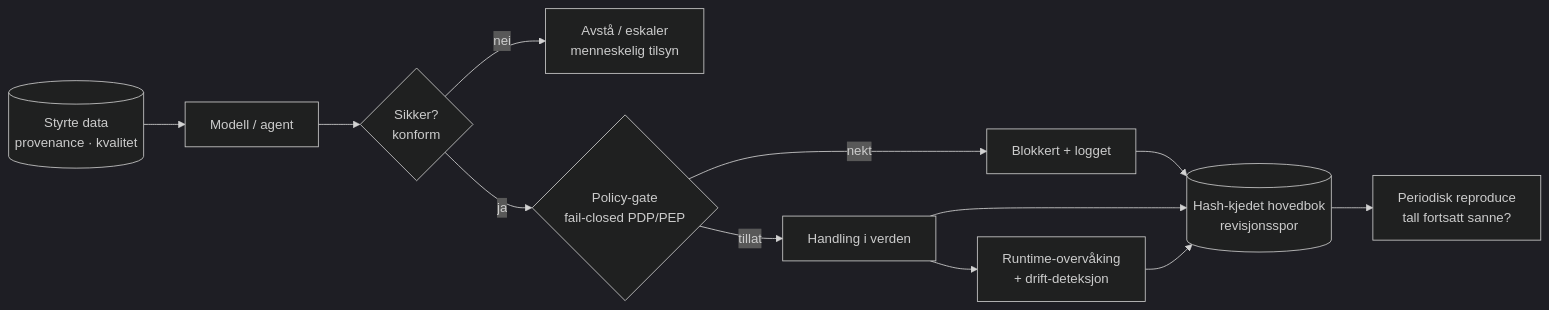
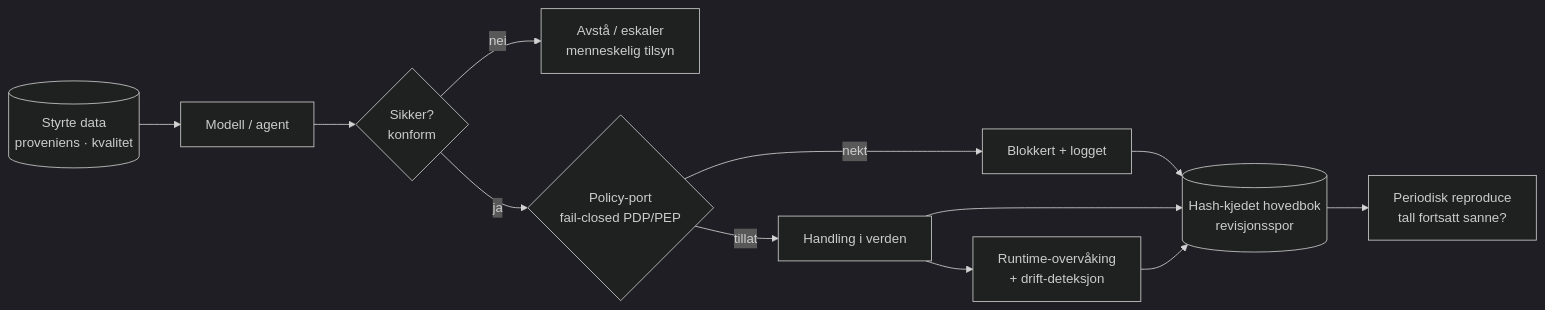
Before and after one commit to darklordVirtual/vericlaim: diagram 13 of 20 in docs/governance/frontier-ai-governance-master_NO_nb.md, drawn with Mermaid (dark theme). The commit also changed other lines of this file and 14 other files, not shown here.

````diff
--- a/docs/governance/frontier-ai-governance-master_NO_nb.md
+++ b/docs/governance/frontier-ai-governance-master_NO_nb.md
@@ -838,14 +838,14 @@
 ```mermaid
 flowchart LR
-    DATA[(Styrte data<br/>provenance · kvalitet)] --> MODEL[Modell / agent]
+    DATA[(Styrte data<br/>proveniens · kvalitet)] --> MODEL[Modell / agent]
     MODEL --> CONF{Sikker?<br/>konform}
     CONF -->|nei| ESC[Avstå / eskaler<br/>menneskelig tilsyn]
-    CONF -->|ja| PEP{Policy-gate<br/>fail-closed PDP/PEP}
+    CONF -->|ja| PEP{Policy-port<br/>fail-closed PDP/PEP}
     PEP -->|nekt| BLOCK[Blokkert + logget]
     PEP -->|tillat| ACT[Handling i verden]
     ACT --> MON[Runtime-overvåking<br/>+ drift-deteksjon]
     BLOCK --> LEDGER[(Hash-kjedet hovedbok<br/>revisjonsspor)]
     ACT --> LEDGER
     MON --> LEDGER
     LEDGER --> REPRO[Periodisk reproduce<br/>tall fortsatt sanne?]
 ```
````
